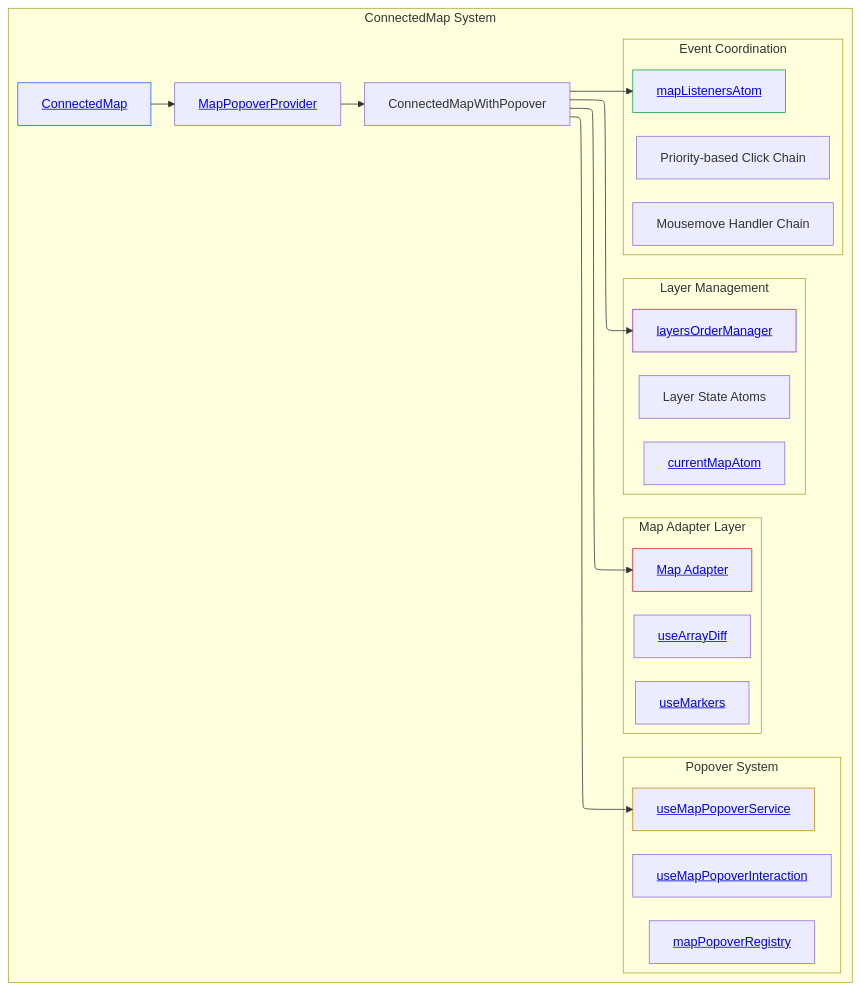
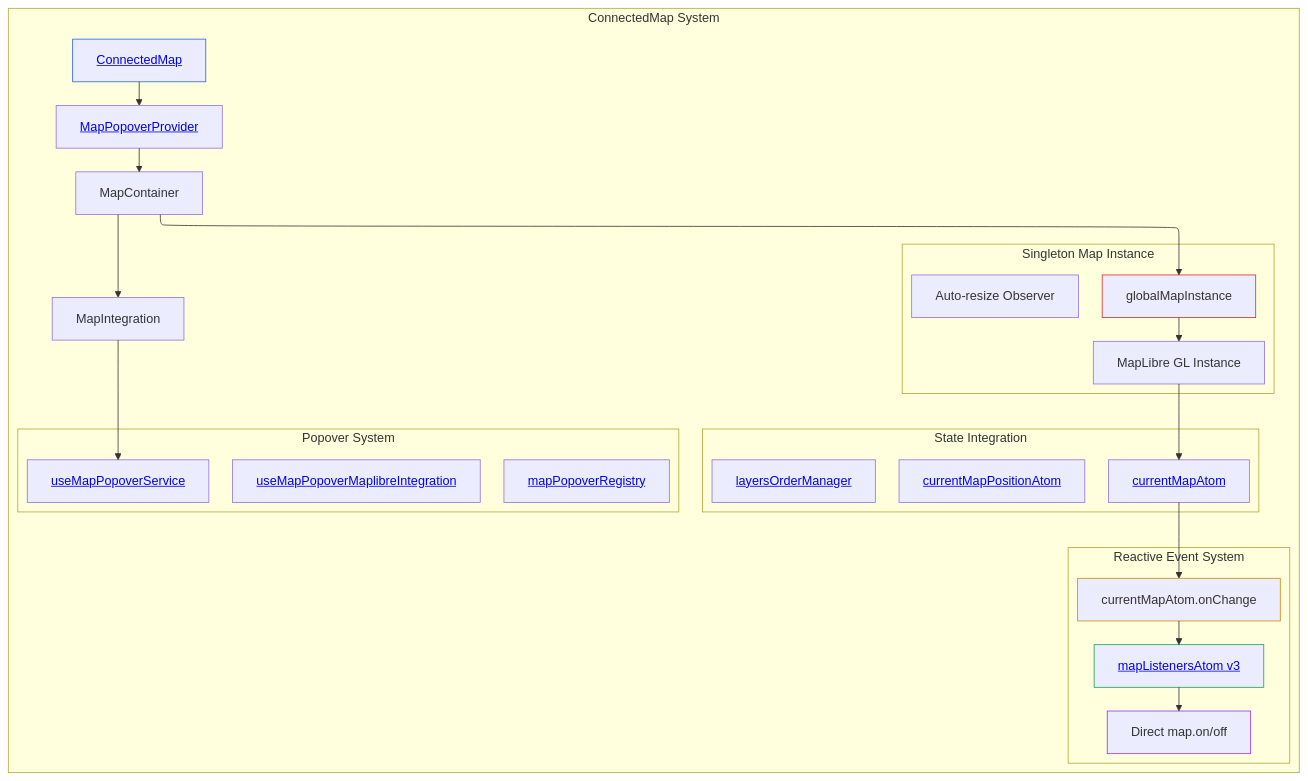
The diagram in docs/investigations/ConnectedMap-architecture.md (konturio/disaster-ninja-fe), drawn with Mermaid before and after one commit. The commit also changed other lines of this file and 5 other files, not shown here.

Commit message:
remove outdated ADR documents and refactor MapPopover architecture; implement mediator pattern for improved event handling and resource coordination

````diff
--- a/docs/investigations/ConnectedMap-architecture.md
+++ b/docs/investigations/ConnectedMap-architecture.md
@@ -15,49 +15,54 @@
 ```mermaid
 ---
 config:
   layout: elk
 ---
-graph LR
+graph TB
     subgraph "ConnectedMap System"
         CM["<a href='../../src/components/ConnectedMap/ConnectedMap.tsx'>ConnectedMap</a>"]
         PProvider["<a href='../../src/core/map/popover/MapPopoverProvider.tsx'>MapPopoverProvider</a>"]
-        CMWithPopover["ConnectedMapWithPopover"]
+        MapContainer["MapContainer"]
+        MapIntegration["MapIntegration"]
 
-        subgraph "Map Adapter Layer"
-            MapAdapter["<a href='../../src/components/ConnectedMap/map-libre-adapter/index.tsx'>Map Adapter</a>"]
-            ArrayDiff["<a href='../../src/components/ConnectedMap/map-libre-adapter/useArrayDiff.ts'>useArrayDiff</a>"]
-            Markers["<a href='../../src/components/ConnectedMap/map-libre-adapter/useMarkers.ts'>useMarkers</a>"]
+        subgraph "Singleton Map Instance"
+            GlobalMap["globalMapInstance"]
+            MapLibreMap["MapLibre GL Instance"]
+            ResizeObserver["Auto-resize Observer"]
         end
 
-        subgraph "Event Coordination"
-            EventSystem["<a href='../../src/core/shared_state/mapListeners.ts'>mapListenersAtom</a>"]
-            ClickHandlers["Priority-based Click Chain"]
-            MouseHandlers["Mousemove Handler Chain"]
+        subgraph "Reactive Event System"
+            MapListenersV3["<a href='../../src/core/shared_state/mapListeners.ts'>mapListenersAtom v3</a>"]
+            AutoInit["currentMapAtom.onChange"]
+            DirectHandlers["Direct map.on/off"]
+        end
+
+        subgraph "State Integration"
+            CurrentMapAtom["<a href='../../src/core/shared_state/currentMap.ts'>currentMapAtom</a>"]
+            PositionAtom["<a href='../../src/core/shared_state/currentMapPosition.ts'>currentMapPositionAtom</a>"]
+            LayerManager["<a href='../../src/core/logical_layers/utils/layersOrder/layersOrder.ts'>layersOrderManager</a>"]
         end
 
         subgraph "Popover System"
             PopoverService["<a href='../../src/core/map/popover/MapPopoverProvider.tsx'>useMapPopoverService</a>"]
-            PopoverInteraction["<a href='../../src/core/map/hooks/useMapPopoverInteraction.ts'>useMapPopoverInteraction</a>"]
+            PopoverIntegration["<a href='../../src/core/map/hooks/useMapPopoverMaplibreIntegration.ts'>useMapPopoverMaplibreIntegration</a>"]
             Registry["<a href='../../src/core/map/popover/globalMapPopoverRegistry.ts'>mapPopoverRegistry</a>"]
-        end
-
-        subgraph "Layer Management"
-            LayerManager["<a href='../../src/core/logical_layers/utils/layersOrder/layersOrder.ts'>layersOrderManager</a>"]
-            LayerAtoms["Layer State Atoms"]
-            CurrentMap["<a href='../../src/core/shared_state/currentMap.ts'>currentMapAtom</a>"]
         end
     end
 
     CM --> PProvider
-    PProvider --> CMWithPopover
-    CMWithPopover --> MapAdapter
-    CMWithPopover --> EventSystem
-    CMWithPopover --> PopoverService
-    CMWithPopover --> LayerManager
+    PProvider --> MapContainer
+    MapContainer --> GlobalMap
+    MapContainer --> MapIntegration
+    MapIntegration --> PopoverService
+    GlobalMap --> MapLibreMap
+    MapLibreMap --> CurrentMapAtom
+    CurrentMapAtom --> AutoInit
+    AutoInit --> MapListenersV3
+    MapListenersV3 --> DirectHandlers
 
     style CM stroke:#2563eb
-    style MapAdapter stroke:#dc2626
-    style EventSystem stroke:#16a34a
-    style PopoverService stroke:#ca8a04
-    style LayerManager stroke:#9333ea
+    style GlobalMap stroke:#dc2626
+    style MapListenersV3 stroke:#16a34a
+    style AutoInit stroke:#ca8a04
+    style DirectHandlers stroke:#9333ea
 ```
````
